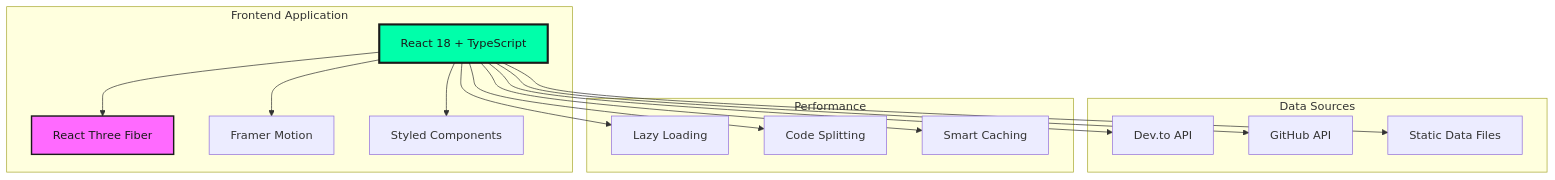
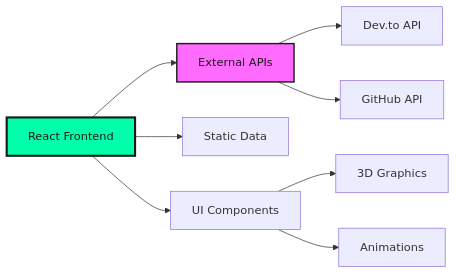
One commit to Prakashmaheshwaran/Modern-Dynamic-Portfolio changed the diagram in README.md. Above: the diagram before and after it, drawn with Mermaid. The commit also changed other lines of this file and 1 other file, not shown here.

Commit message:
Revise README.md to enhance clarity and modernize content, including updated feature highlights and improved architecture section. Remove ARCHITECTURE.md as its content is now integrated into README.md.

````diff
--- a/README.md
+++ b/README.md
@@ -129,34 +99,15 @@
 ```mermaid
-graph TB
-    subgraph "Frontend Application"
-        React[React 18 + TypeScript]
-        ThreeJS[React Three Fiber]
-        Motion[Framer Motion]
-        Styled[Styled Components]
-    end
+graph LR
+    Frontend[React Frontend] --> APIs[External APIs]
+    Frontend --> Static[Static Data]
     
-    subgraph "Data Sources"
-        DevTo[Dev.to API]
-        GitHub[GitHub API]
-        Static[Static Data Files]
-    end
+    APIs --> DevTo[Dev.to API]
+    APIs --> GitHub[GitHub API]
     
-    subgraph "Performance"
-        Lazy[Lazy Loading]
-        Split[Code Splitting]
-        Cache[Smart Caching]
-    end
+    Frontend --> UI[UI Components]
+    UI --> ThreeJS[3D Graphics]
+    UI --> Motion[Animations]
     
-    React --> ThreeJS
-    React --> Motion
-    React --> Styled
-    React --> DevTo
-    React --> GitHub
-    React --> Static
-    React --> Lazy
-    React --> Split
-    React --> Cache
-    
-    style React fill:#00FFAA,stroke:#1a1a1a,stroke-width:3px,color:#1a1a1a
-    style ThreeJS fill:#FF6AFF,stroke:#1a1a1a,stroke-width:2px,color:#1a1a1a
+    style Frontend fill:#00FFAA,stroke:#1a1a1a,stroke-width:3px,color:#1a1a1a
+    style APIs fill:#FF6AFF,stroke:#1a1a1a,stroke-width:2px,color:#1a1a1a
 ```
````
